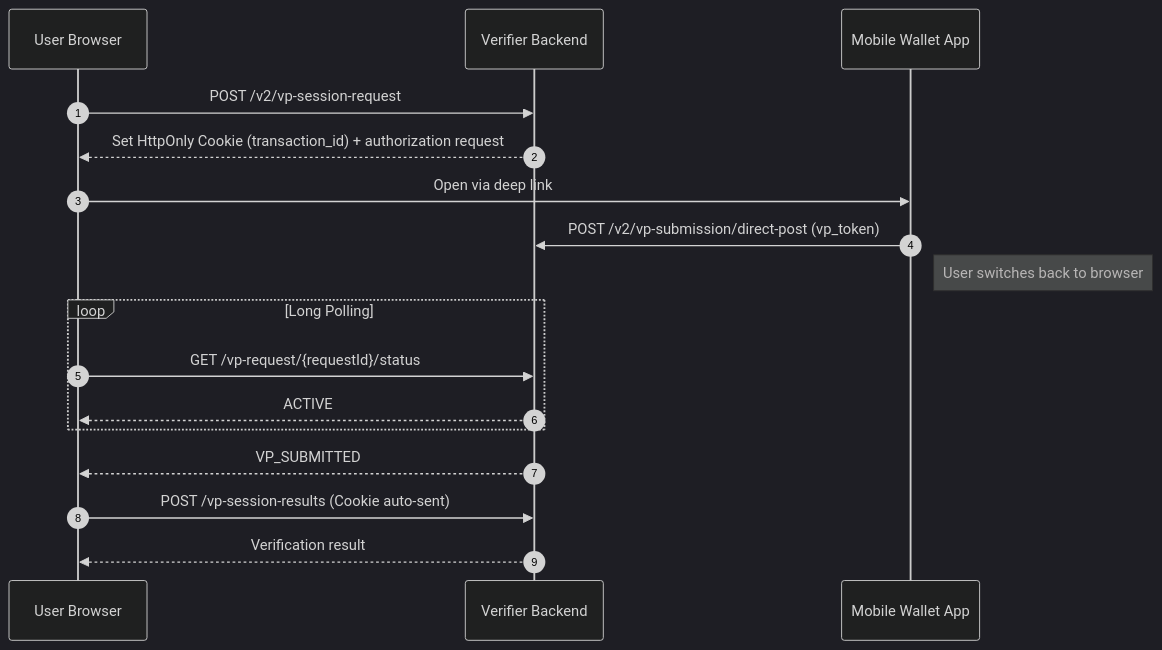
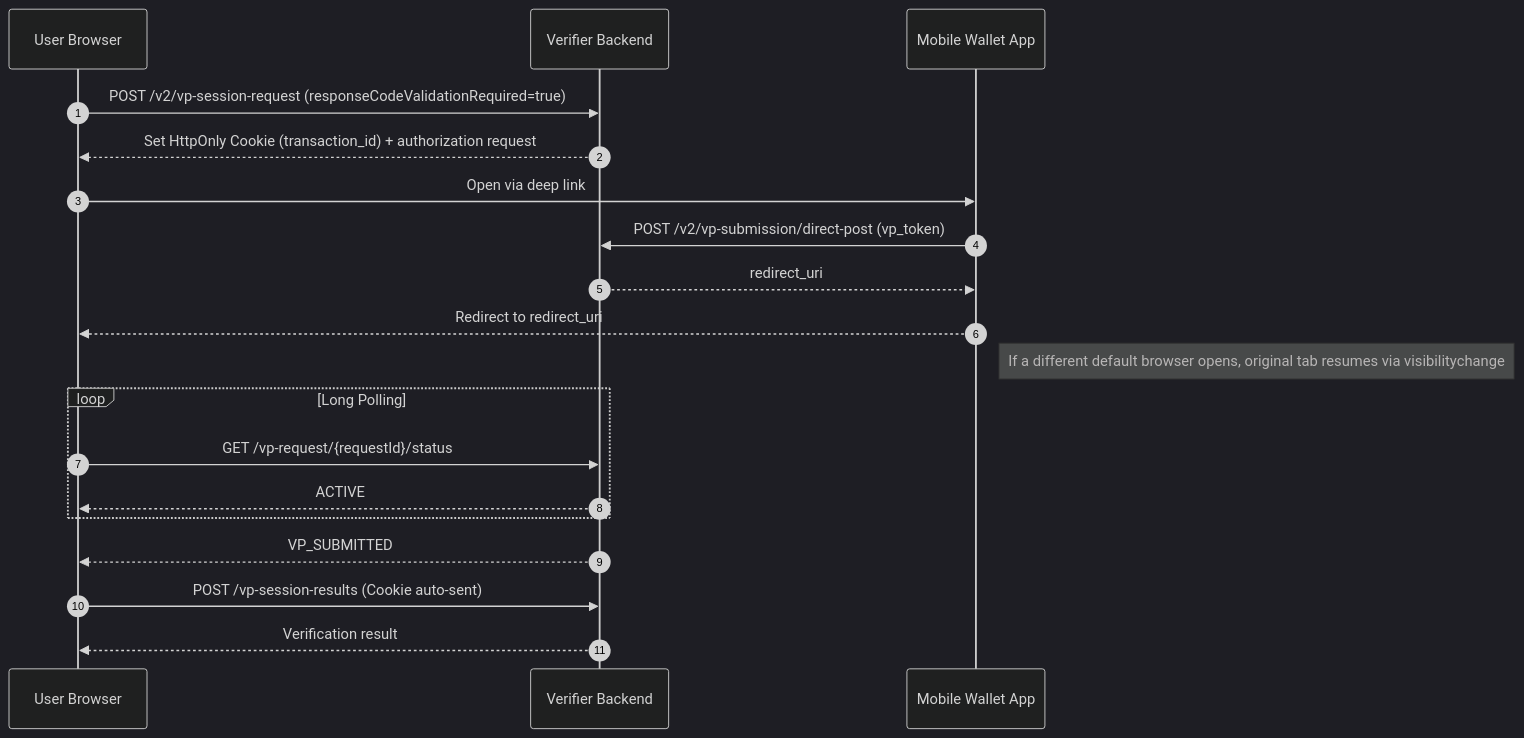
The second of 3 diagrams in inji-verify-sdk/README.md (srikanth716/inji-verify), drawn with Mermaid (dark theme) before and after one commit. The commit also changed other lines of this file and 15 other files, not shown here.

Commit message:
[INJIVER-2237]:Return redirect_uri after VP submission for same-device mobile wallet

````diff
--- a/inji-verify-sdk/README.md
+++ b/inji-verify-sdk/README.md
@@ -411,20 +411,22 @@
 ```mermaid
 sequenceDiagram
     autonumber
     participant UserBrowser as User Browser
     participant VerifierBackend as Verifier Backend
     participant MobileWallet as Mobile Wallet App
 
-    UserBrowser->>VerifierBackend: POST /v2/vp-session-request
+    UserBrowser->>VerifierBackend: POST /v2/vp-session-request (responseCodeValidationRequired=true)
     VerifierBackend-->>UserBrowser: Set HttpOnly Cookie (transaction_id) + authorization request
     UserBrowser->>MobileWallet: Open via deep link
     MobileWallet->>VerifierBackend: POST /v2/vp-submission/direct-post (vp_token)
-    Note right of MobileWallet: User switches back to browser
+    VerifierBackend-->>MobileWallet: redirect_uri
+    MobileWallet-->>UserBrowser: Redirect to redirect_uri
+    Note right of MobileWallet: If a different default browser opens, original tab resumes via visibilitychange
     loop Long Polling
         UserBrowser->>VerifierBackend: GET /vp-request/{requestId}/status
         VerifierBackend-->>UserBrowser: ACTIVE
     end
     VerifierBackend-->>UserBrowser: VP_SUBMITTED
     UserBrowser->>VerifierBackend: POST /vp-session-results (Cookie auto-sent)
     VerifierBackend-->>UserBrowser: Verification result
 ```
````
